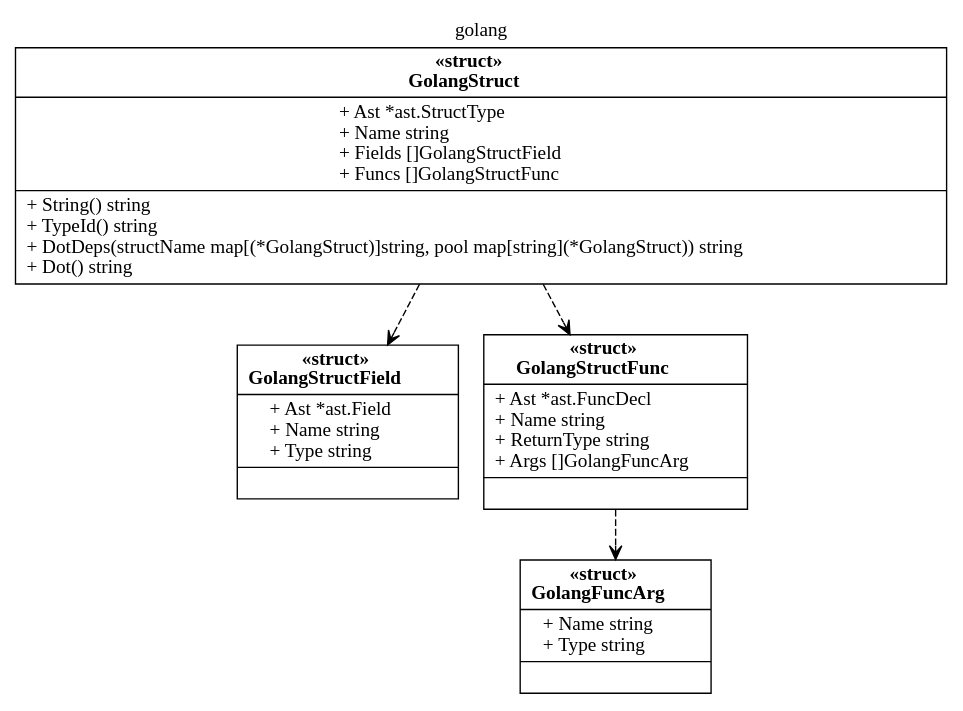
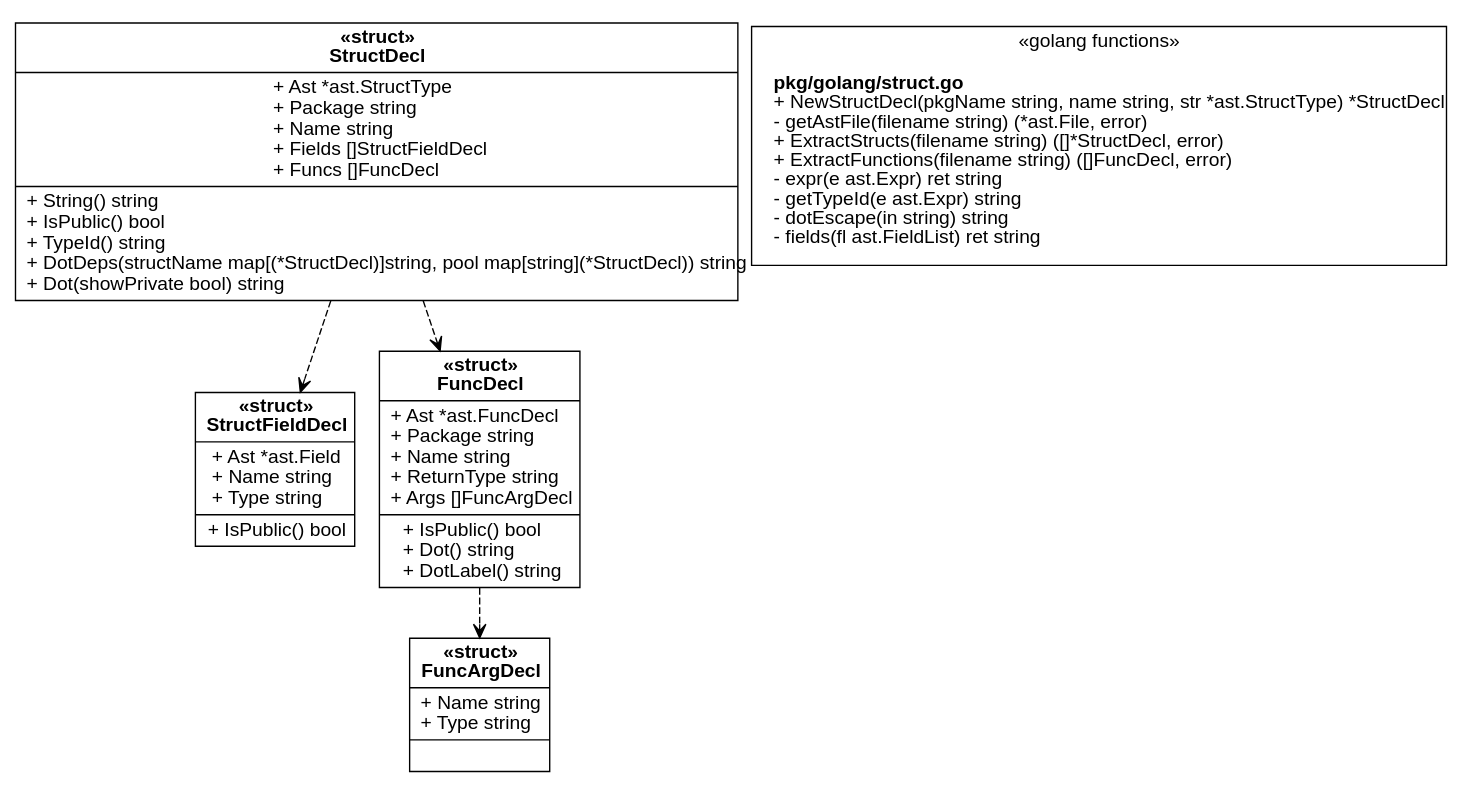
Before and after one commit to pehrs/go2dot: the diagram in samples/graph.dot, drawn with Graphviz. The commit also changed 7 other files, not shown here.

```diff
--- a/samples/graph.dot
+++ b/samples/graph.dot
@@ -1,20 +1,26 @@
 
 	digraph "" {
+			fontname="Jetbrains Mono Regular,Ubuntu Mono,Helvetica"
+			rankdir = TB;
 			labelloc="t"
-			graph [label = "golang"];
+			graph [];
 			node [
-					shape=record
-					labelloc="t"
+				fontname="Jetbrains Mono Regular,Ubuntu Mono,Helvetica"
+				shape=record
+				labelloc="t"
 			];
-	GolangStructField[label = <{<b>«struct»<br/>GolangStructField</b><br align="left"/>|+ Ast *ast.Field<br align="left"/>+ Name string<br align="left"/>+ Type string<br align="left"/>|}>, shape=record];
-GolangFuncArg[label = <{<b>«struct»<br/>GolangFuncArg</b><br align="left"/>|+ Name string<br align="left"/>+ Type string<br align="left"/>|}>, shape=record];
-GolangStructFunc[label = <{<b>«struct»<br/>GolangStructFunc</b><br align="left"/>|+ Ast *ast.FuncDecl<br align="left"/>+ Name string<br align="left"/>+ ReturnType string<br align="left"/>+ Args []GolangFuncArg<br align="left"/>|}>, shape=record];
-GolangStruct[label = <{<b>«struct»<br/>GolangStruct</b><br align="left"/>|+ Ast *ast.StructType<br align="left"/>+ Name string<br align="left"/>+ Fields []GolangStructField<br align="left"/>+ Funcs []GolangStructFunc<br align="left"/>|+ String() string<br align="left"/>+ TypeId() string<br align="left"/>+ DotDeps(structName map[(*GolangStruct)]string, pool map[string](*GolangStruct)) string<br align="left"/>+ Dot() string<br align="left"/>}>, shape=record];
+	StructFieldDecl[label = <{<b>«struct»<br/>StructFieldDecl</b><br align="left"/>|+ Ast *ast.Field<br align="left"/>+ Name string<br align="left"/>+ Type string<br align="left"/>|+ IsPublic() bool<br align="left"/>}>, shape=record];
+FuncArgDecl[label = <{<b>«struct»<br/>FuncArgDecl</b><br align="left"/>|+ Name string<br align="left"/>+ Type string<br align="left"/>|}>, shape=record];
+FuncDecl[label = <{<b>«struct»<br/>FuncDecl</b><br align="left"/>|+ Ast *ast.FuncDecl<br align="left"/>+ Package string<br align="left"/>+ Name string<br align="left"/>+ ReturnType string<br align="left"/>+ Args []FuncArgDecl<br align="left"/>|+ IsPublic() bool<br align="left"/>+ Dot() string<br align="left"/>+ DotLabel() string<br align="left"/>}>, shape=record];
+StructDecl[label = <{<b>«struct»<br/>StructDecl</b><br align="left"/>|+ Ast *ast.StructType<br align="left"/>+ Package string<br align="left"/>+ Name string<br align="left"/>+ Fields []StructFieldDecl<br align="left"/>+ Funcs []FuncDecl<br align="left"/>|+ String() string<br align="left"/>+ IsPublic() bool<br align="left"/>+ TypeId() string<br align="left"/>+ DotDeps(structName map[(*StructDecl)]string, pool map[string](*StructDecl)) string<br align="left"/>+ Dot(showPrivate bool) string<br align="left"/>}>, shape=record];
 
 
-"GolangStructFunc" -> "GolangFuncArg" [arrowhead=open style=dashed];
+"FuncDecl" -> "FuncArgDecl" [arrowhead=open style=dashed];
 
-"GolangStruct" -> "GolangStructField" [arrowhead=open style=dashed];
-"GolangStruct" -> "GolangStructFunc" [arrowhead=open style=dashed];
+"StructDecl" -> "StructFieldDecl" [arrowhead=open style=dashed];
+"StructDecl" -> "FuncDecl" [arrowhead=open style=dashed];
 
+subgraph cluster_0 { rank = same; label = "«golang functions»";
+golang_Functions[label = <{<b>pkg/golang/struct.go</b><br align="left"/>+ NewStructDecl(pkgName string, name string, str *ast.StructType) *StructDecl<br align="left"/>- getAstFile(filename string) (*ast.File, error)<br align="left"/>+ ExtractStructs(filename string) ([]*StructDecl, error)<br align="left"/>+ ExtractFunctions(filename string) ([]FuncDecl, error)<br align="left"/>- expr(e ast.Expr) ret string<br align="left"/>- getTypeId(e ast.Expr) string<br align="left"/>- dotEscape(in string) string<br align="left"/>- fields(fl ast.FieldList) ret string<br align="left"/>}>, color=white, shape=record];
 }
+}
```
